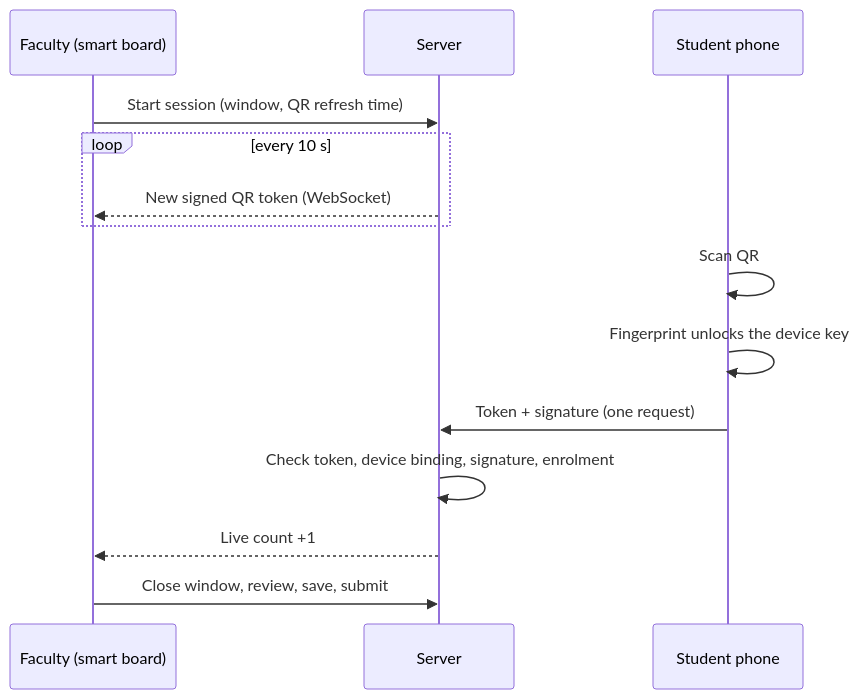
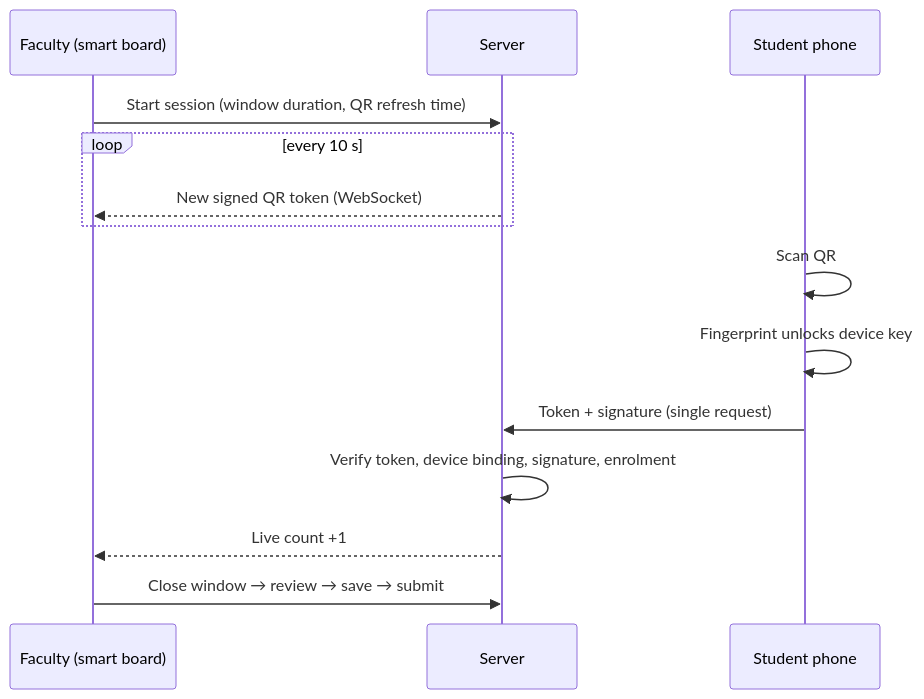
Before and after one commit to Pushkar-29-06/PresentSir: the diagram in README.md, drawn with Mermaid. The commit also changed other lines of this file, not shown here.

````diff
--- a/README.md
+++ b/README.md
@@ -31,17 +33,17 @@
 ```mermaid
 sequenceDiagram
     participant F as Faculty (smart board)
     participant S as Server
     participant P as Student phone
 
-    F->>S: Start session (window, QR refresh time)
+    F->>S: Start session (window duration, QR refresh time)
     loop every 10 s
         S-->>F: New signed QR token (WebSocket)
     end
     P->>P: Scan QR
-    P->>P: Fingerprint unlocks the device key
-    P->>S: Token + signature (one request)
-    S->>S: Check token, device binding, signature, enrolment
+    P->>P: Fingerprint unlocks device key
+    P->>S: Token + signature (single request)
+    S->>S: Verify token, device binding, signature, enrolment
     S-->>F: Live count +1
-    F->>S: Close window, review, save, submit
+    F->>S: Close window → review → save → submit
 ```
````
